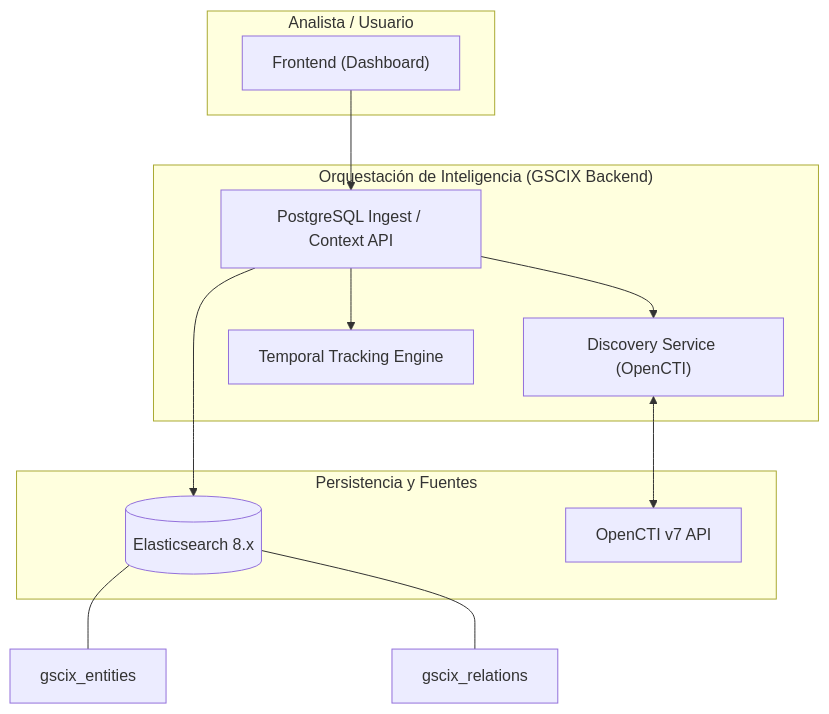
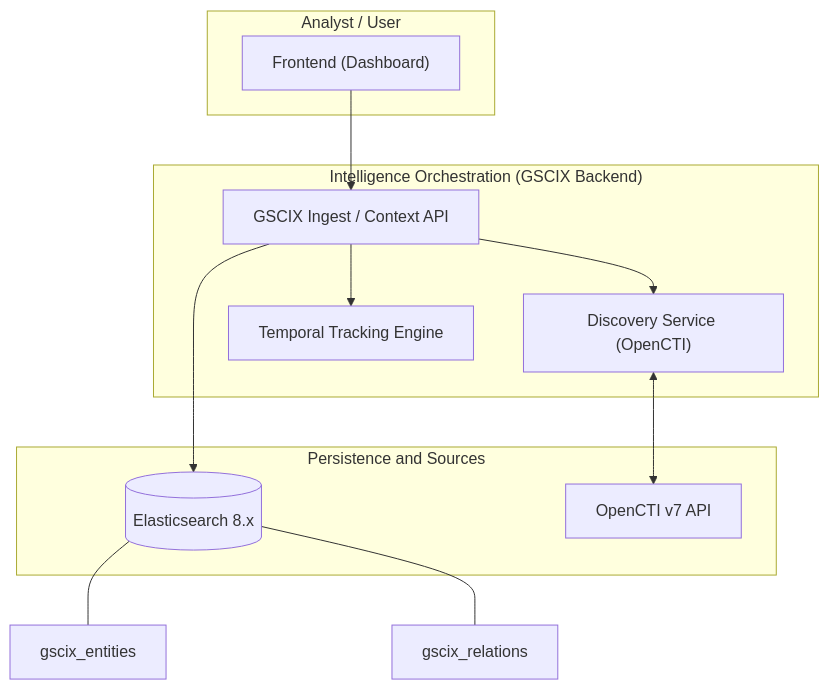
One commit to sarcosh/GSCIX changed the diagram in README.MD. Above: the diagram before and after it, drawn with Mermaid. The commit also changed other lines of this file and 2 other files, not shown here.

````diff
--- a/README.MD
+++ b/README.MD
@@ -49,25 +49,25 @@
 ```mermaid
 graph TD
-    subgraph "Analista / Usuario"
+    subgraph "Analyst / User"
         UI["Frontend (Dashboard)"]
     end
 
-    subgraph "Orquestación de Inteligencia (GSCIX Backend)"
-        API["PostgreSQL Ingest / Context API"]
+    subgraph "Intelligence Orchestration (GSCIX Backend)"
+        API["GSCIX Ingest / Context API"]
         DIS["Discovery Service (OpenCTI)"]
         TEM["Temporal Tracking Engine"]
     end
 
-    subgraph "Persistencia y Fuentes"
+    subgraph "Persistence and Sources"
         ES[("Elasticsearch 8.x")]
         OCTI["OpenCTI v7 API"]
     end
 
     UI --> API
     API --> ES
     API --> TEM
     API --> DIS
     DIS <--> OCTI
     ES --- E1[gscix_entities]
     ES --- E2[gscix_relations]
 ```
````
